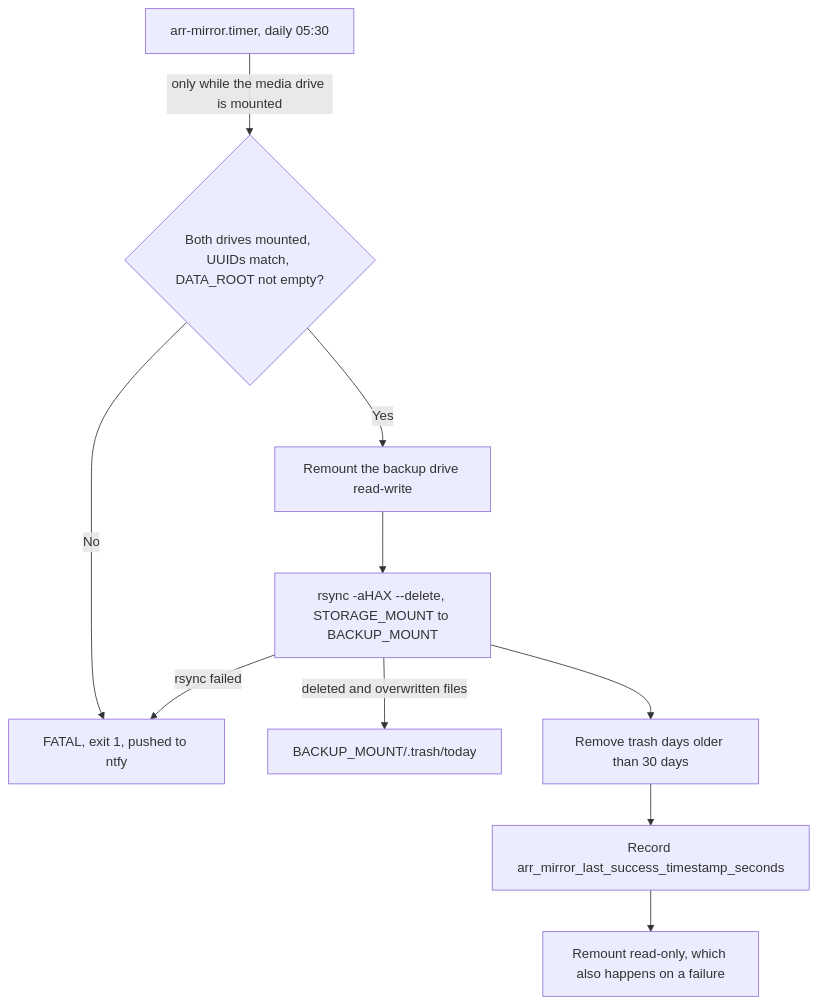
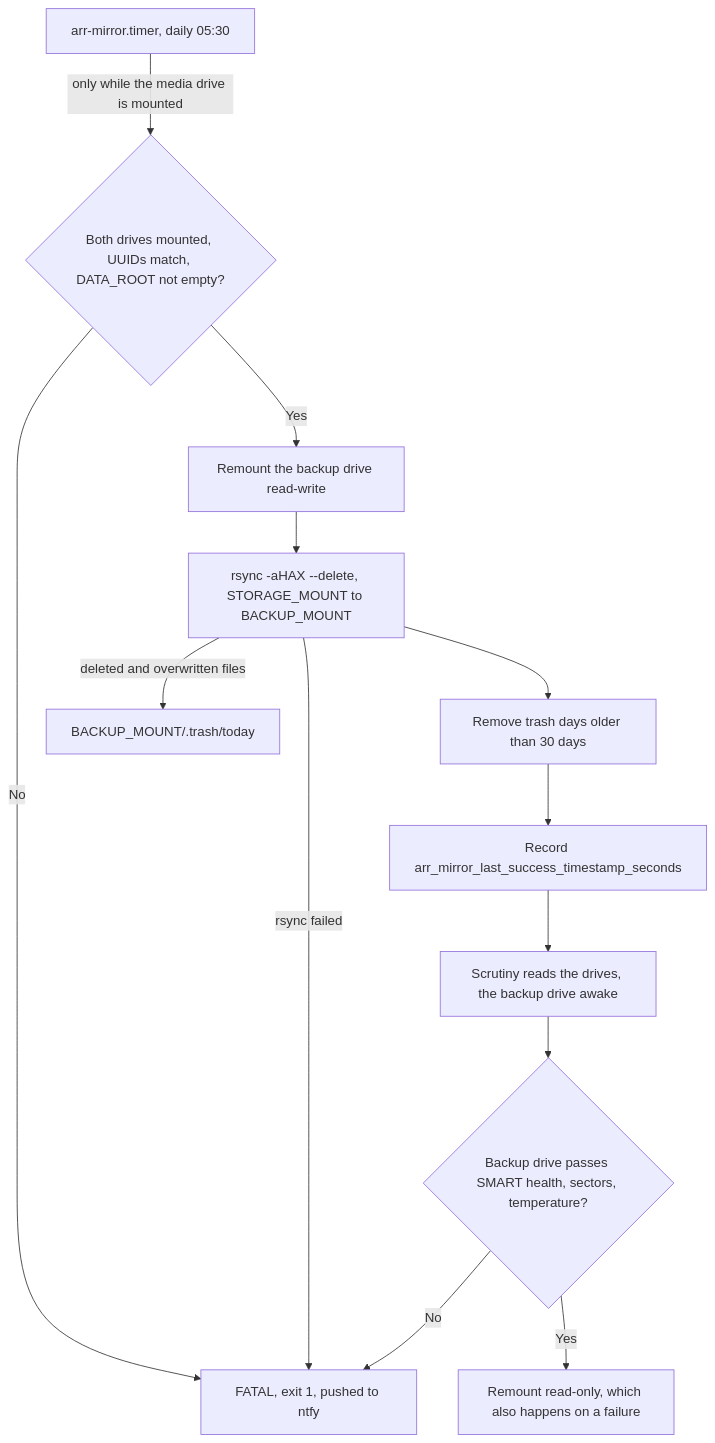
Before and after one commit to bugrauluyurt/homelab-media-stack: the third of 3 diagrams in docs/flows/backups.md, drawn with Mermaid. The commit also changed other lines of this file and 22 other files, not shown here.

First line of the commit message:
feat(storage): let the backup drive sleep between mirrors (#56)

````diff
--- a/docs/flows/backups.md
+++ b/docs/flows/backups.md
@@ -298,12 +298,15 @@
 ```mermaid
 flowchart TD
     TIMER["arr-mirror.timer, daily 05:30"] -->|"only while the media drive is mounted"| GUARD{"Both drives mounted, UUIDs match, DATA_ROOT not empty?"}
     GUARD -->|No| FAIL["FATAL, exit 1, pushed to ntfy"]
     GUARD -->|Yes| RW["Remount the backup drive read-write"]
     RW --> SYNC["rsync -aHAX --delete, STORAGE_MOUNT to BACKUP_MOUNT"]
     SYNC -->|"deleted and overwritten files"| TRASH["BACKUP_MOUNT/.trash/today"]
     SYNC -->|"rsync failed"| FAIL
     SYNC --> PRUNE["Remove trash days older than 30 days"]
     PRUNE --> METRIC["Record arr_mirror_last_success_timestamp_seconds"]
-    METRIC --> RO["Remount read-only, which also happens on a failure"]
+    METRIC --> SCRUTINY["Scrutiny reads the drives, the backup drive awake"]
+    SCRUTINY --> SMART{"Backup drive passes SMART health, sectors, temperature?"}
+    SMART -->|No| FAIL
+    SMART -->|Yes| RO["Remount read-only, which also happens on a failure"]
 ```
````
